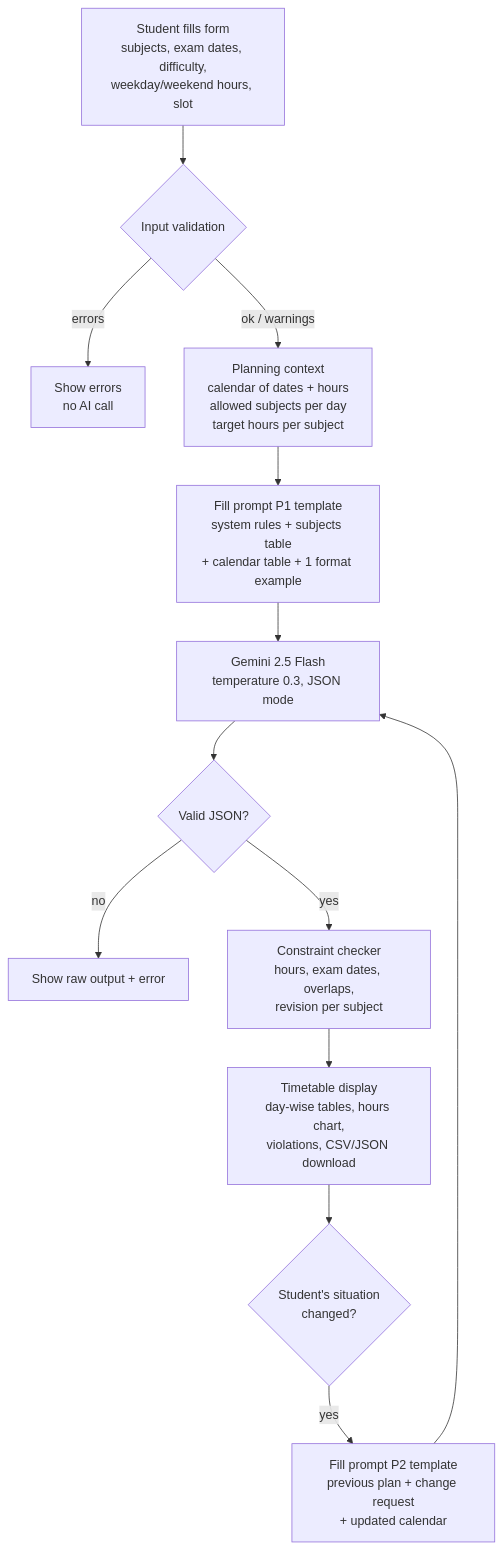
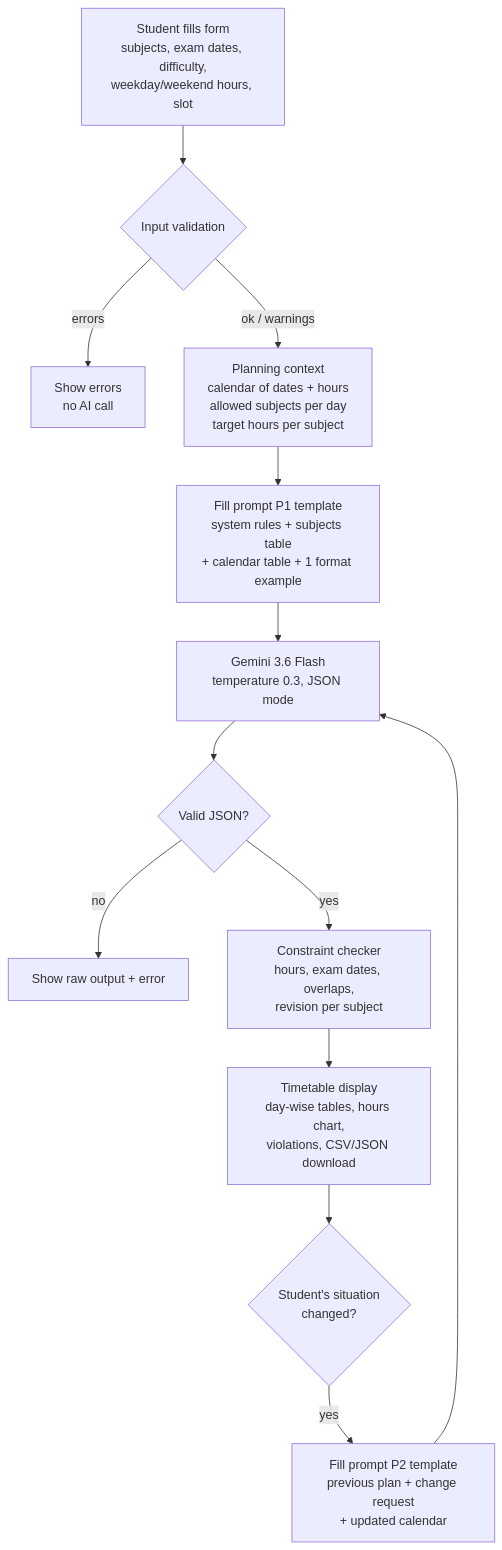
One commit to vanshgupta101106-droid/StudyFlow changed the diagram in docs/diagrams/1_prompt_workflow.mmd. Above: the diagram before and after it, drawn with Mermaid. The commit also changed 12 other files, not shown here.

First line of the commit message:
Switch to gemini-3.6-flash, fill team details and contribution table

```diff
--- a/docs/diagrams/1_prompt_workflow.mmd
+++ b/docs/diagrams/1_prompt_workflow.mmd
@@ -1,13 +1,13 @@
 flowchart TD
     A[Student fills form<br/>subjects, exam dates, difficulty,<br/>weekday/weekend hours, slot] --> B{Input validation}
     B -- errors --> X[Show errors<br/>no AI call]
     B -- ok / warnings --> C[Planning context<br/>calendar of dates + hours<br/>allowed subjects per day<br/>target hours per subject]
     C --> D[Fill prompt P1 template<br/>system rules + subjects table<br/>+ calendar table + 1 format example]
-    D --> E[Gemini 2.5 Flash<br/>temperature 0.3, JSON mode]
+    D --> E[Gemini 3.6 Flash<br/>temperature 0.3, JSON mode]
     E --> F{Valid JSON?}
     F -- no --> Y[Show raw output + error]
     F -- yes --> G[Constraint checker<br/>hours, exam dates, overlaps,<br/>revision per subject]
     G --> H[Timetable display<br/>day-wise tables, hours chart,<br/>violations, CSV/JSON download]
     H --> I{Student's situation<br/>changed?}
     I -- yes --> J[Fill prompt P2 template<br/>previous plan + change request<br/>+ updated calendar]
     J --> E
```
